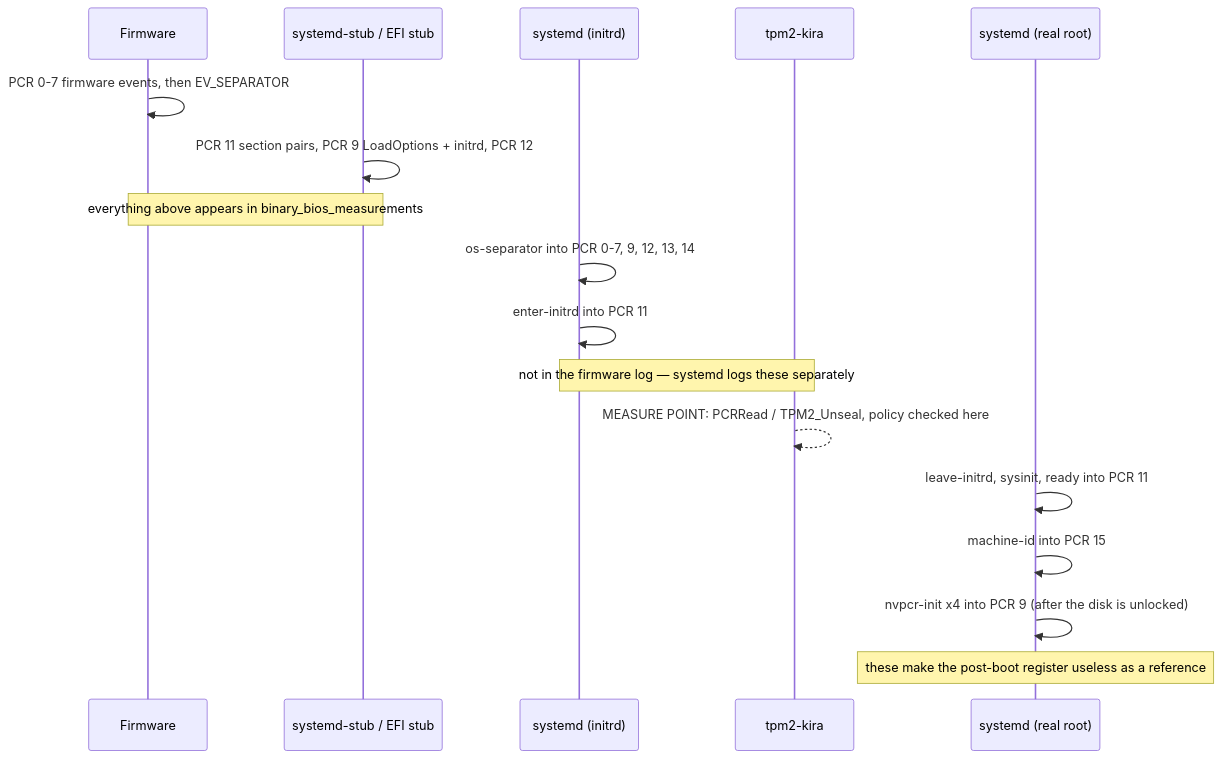
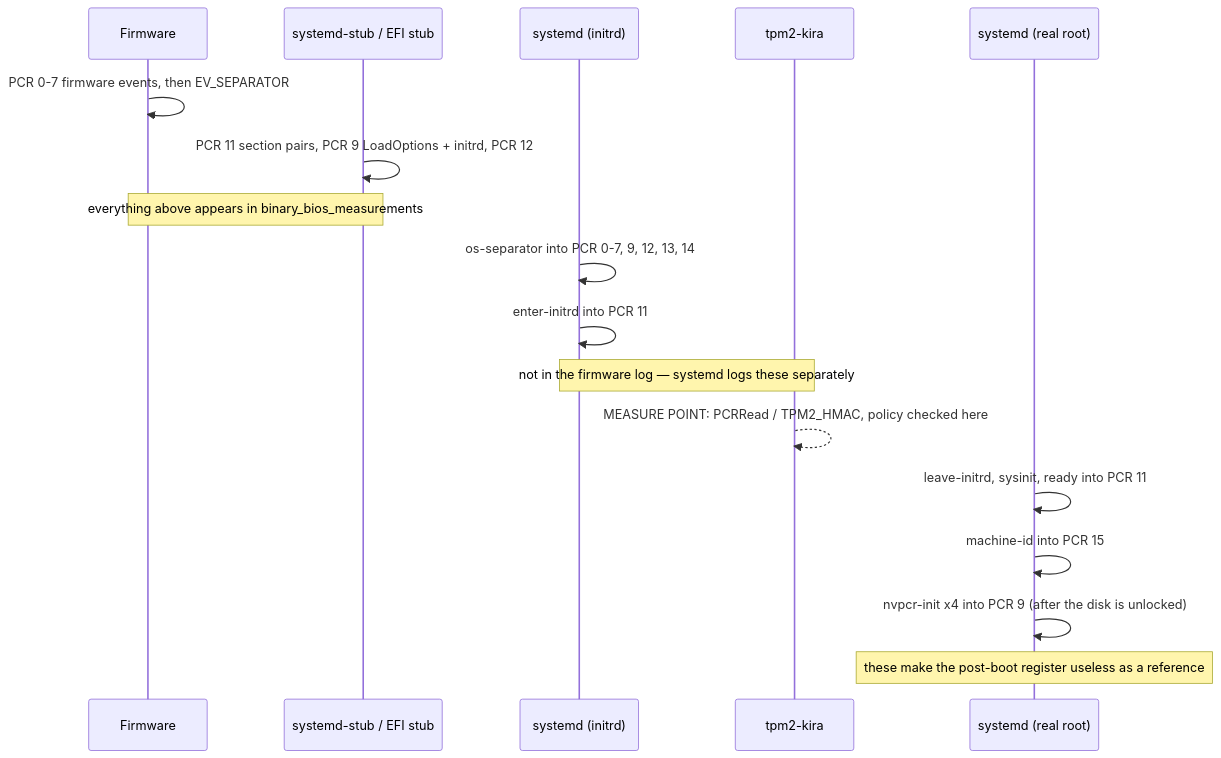
Before and after one commit to mrwiora/tpm2-kira: the first of 3 diagrams in docs/SECURITY-BACKGROUND.md, drawn with Mermaid. The commit also changed other lines of this file and 44 other files, not shown here.

````diff
--- a/docs/SECURITY-BACKGROUND.md
+++ b/docs/SECURITY-BACKGROUND.md
@@ -392,23 +305,23 @@
 ```mermaid
 sequenceDiagram
     participant FW as Firmware
     participant STUB as systemd-stub / EFI stub
     participant SD as systemd (initrd)
     participant KIRA as tpm2-kira
     participant OS as systemd (real root)
 
     FW->>FW: PCR 0-7 firmware events, then EV_SEPARATOR
     STUB->>STUB: PCR 11 section pairs, PCR 9 LoadOptions + initrd, PCR 12
     Note over FW,STUB: everything above appears in binary_bios_measurements
 
     SD->>SD: os-separator into PCR 0-7, 9, 12, 13, 14
     SD->>SD: enter-initrd into PCR 11
     Note over SD,KIRA: not in the firmware log — systemd logs these separately
 
-    KIRA-->>KIRA: MEASURE POINT: PCRRead / TPM2_Unseal, policy checked here
+    KIRA-->>KIRA: MEASURE POINT: PCRRead / TPM2_HMAC, policy checked here
 
     OS->>OS: leave-initrd, sysinit, ready into PCR 11
     OS->>OS: machine-id into PCR 15
     OS->>OS: nvpcr-init x4 into PCR 9 (after the disk is unlocked)
     Note over OS: these make the post-boot register useless as a reference
 ```
````
